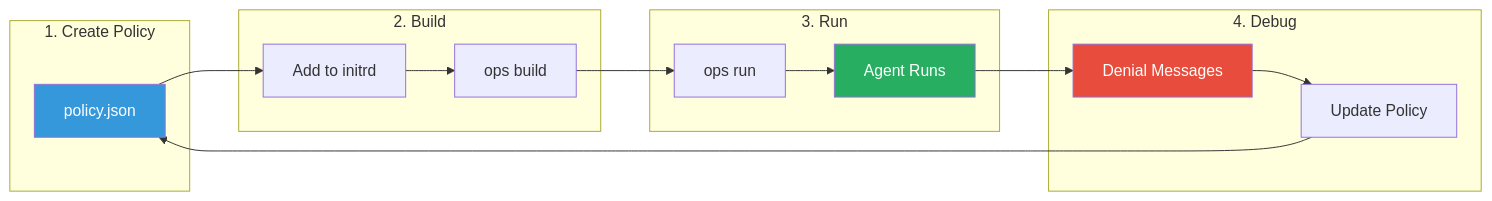
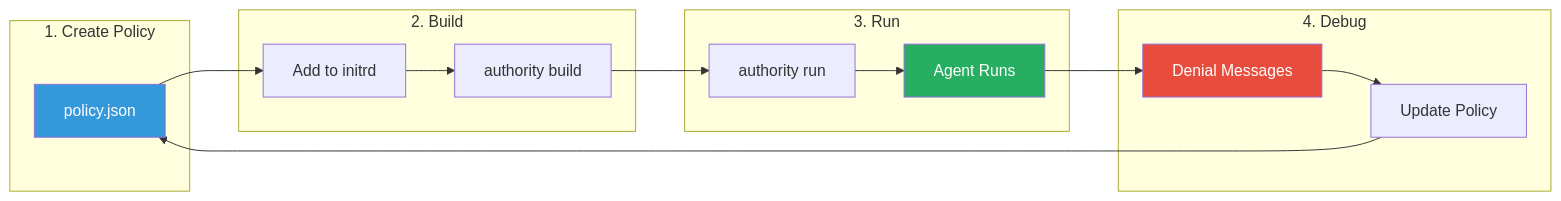
Before and after one commit to mbhatt1/nanos: the first of 2 diagrams in docs/getting-started/index.md, drawn with Mermaid. The commit also changed other lines of this file and 15 other files, not shown here.

````diff
--- a/docs/getting-started/index.md
+++ b/docs/getting-started/index.md
@@ -7,33 +7,33 @@
 ```mermaid
 flowchart LR
     subgraph "1. Create Policy"
         POLICY["policy.json"]
     end
 
     subgraph "2. Build"
         INITRD[Add to initrd]
-        BUILD[ops build]
+        BUILD[authority build]
     end
 
     subgraph "3. Run"
-        RUN[ops run]
+        RUN[authority run]
         APP[Agent Runs]
     end
 
     subgraph "4. Debug"
         DENY[Denial Messages]
         FIX[Update Policy]
     end
 
     POLICY --> INITRD
     INITRD --> BUILD
     BUILD --> RUN
     RUN --> APP
     APP --> DENY
     DENY --> FIX
     FIX --> POLICY
 
     style POLICY fill:#3498db,color:#fff
     style APP fill:#27ae60,color:#fff
     style DENY fill:#e74c3c,color:#fff
 ```
````
